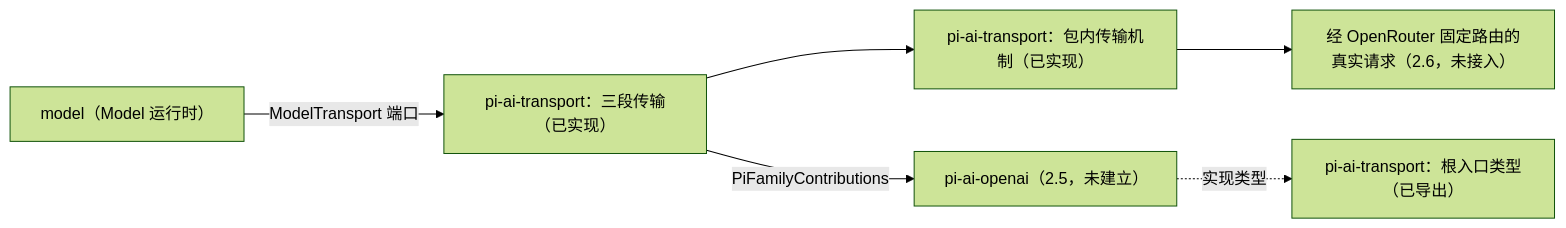
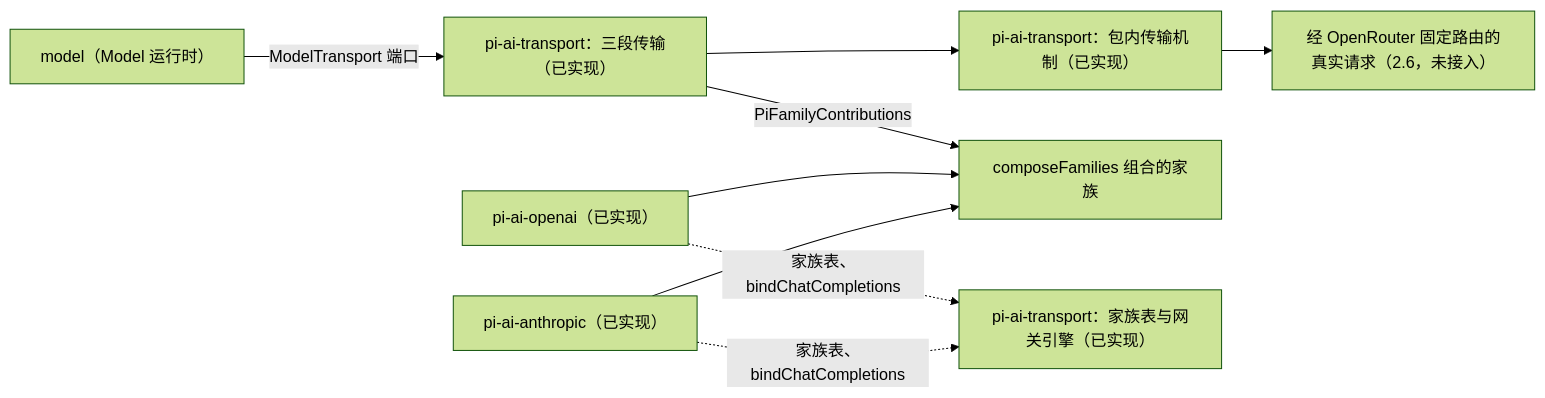
One commit to nemori-ai/omne-harness-lite changed the diagram in packages/model/pi-ai-transport/docs/context.md. Above: the diagram before and after it, drawn with Mermaid (forest theme). The commit also changed other lines of this file and 27 other files, not shown here.

````diff
--- a/packages/model/pi-ai-transport/docs/context.md
+++ b/packages/model/pi-ai-transport/docs/context.md
@@ -127,8 +127,11 @@
 ```mermaid
 flowchart LR
   Model["model（Model 运行时）"] -->|ModelTransport 端口| Transport["pi-ai-transport：三段传输（已实现）"]
   Transport --> Mech["pi-ai-transport：包内传输机制（已实现）"]
-  Transport -->|PiFamilyContributions| OpenAI["pi-ai-openai（2.5，未建立）"]
-  OpenAI -. 实现类型 .-> Types["pi-ai-transport：根入口类型（已导出）"]
+  Transport -->|PiFamilyContributions| Families["composeFamilies 组合的家族"]
+  OpenAI["pi-ai-openai（已实现）"] --> Families
+  Anthropic["pi-ai-anthropic（已实现）"] --> Families
+  OpenAI -. 家族表、bindChatCompletions .-> Engine["pi-ai-transport：家族表与网关引擎（已实现）"]
+  Anthropic -. 家族表、bindChatCompletions .-> Engine
   Mech --> Route["经 OpenRouter 固定路由的真实请求（2.6，未接入）"]
 ```
````
